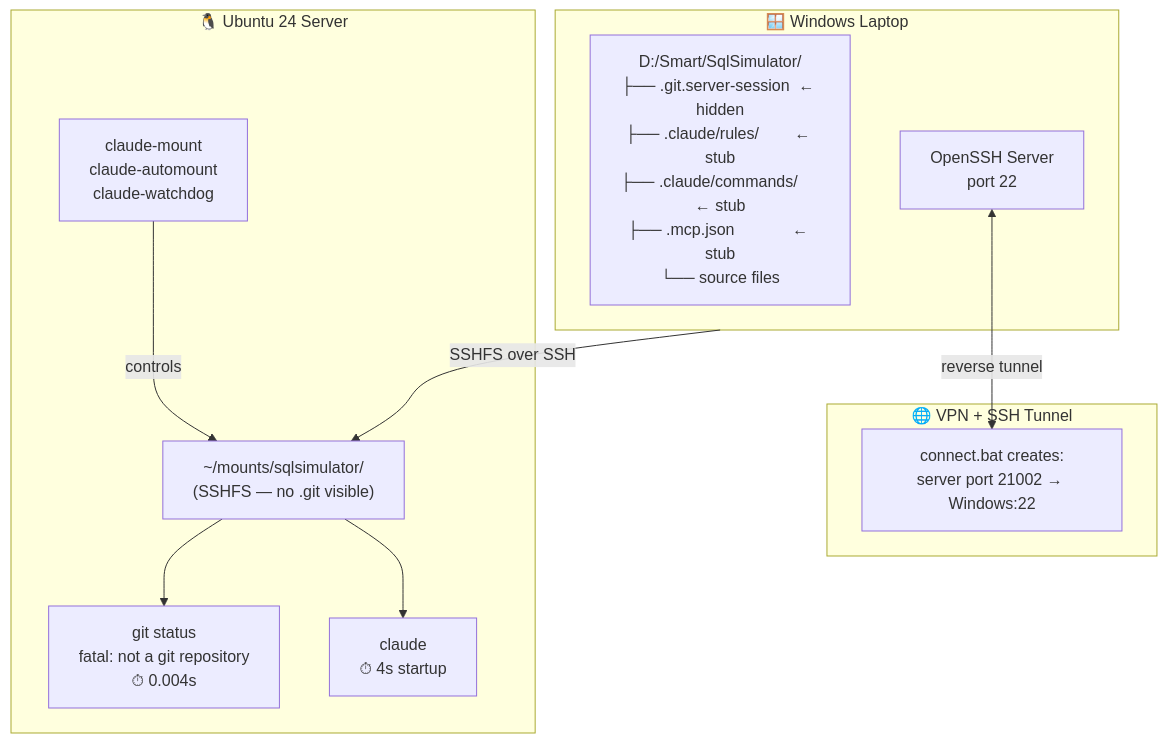
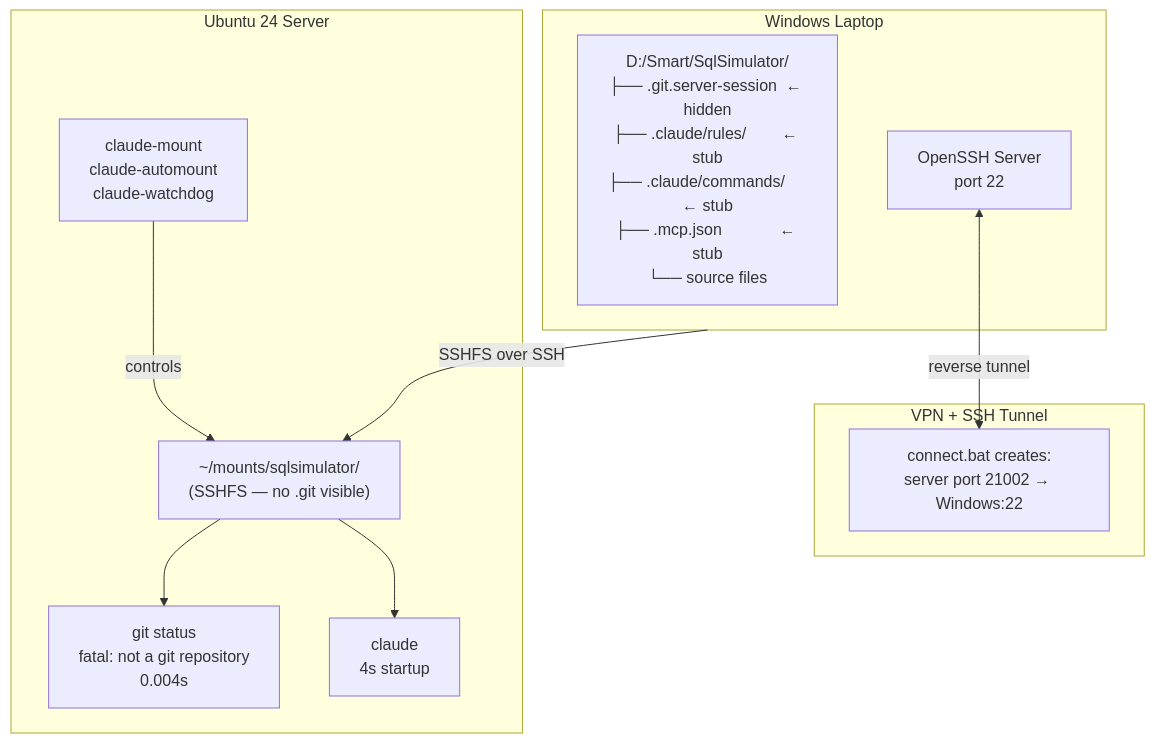
The first of 5 diagrams in docs/sshfs-performance.md (MmdNzhd/Claude-Server), drawn with Mermaid before and after one commit. The commit also changed other lines of this file and 74 other files, not shown here.

````diff
--- a/docs/sshfs-performance.md
+++ b/docs/sshfs-performance.md
@@ -20,24 +20,24 @@
 ```mermaid
 graph TD
-    subgraph WIN["🪟 Windows Laptop"]
+    subgraph WIN["Windows Laptop"]
         FILES["D:/Smart/SqlSimulator/\n├── .git.server-session  ← hidden\n├── .claude/rules/        ← stub\n├── .claude/commands/     ← stub\n├── .mcp.json             ← stub\n└── source files"]
         SSHD["OpenSSH Server\nport 22"]
     end
 
-    subgraph NET["🌐 VPN + SSH Tunnel"]
+    subgraph NET["VPN + SSH Tunnel"]
         TUNNEL["connect.bat creates:\nserver port 21002 → Windows:22"]
     end
 
-    subgraph SRV["🐧 Ubuntu 24 Server"]
+    subgraph SRV["Ubuntu 24 Server"]
         MOUNT["~/mounts/sqlsimulator/\n(SSHFS — no .git visible)"]
-        GIT["git status\nfatal: not a git repository\n⏱ 0.004s"]
-        CLAUDE["claude\n⏱ 4s startup"]
+        GIT["git status\nfatal: not a git repository\n0.004s"]
+        CLAUDE["claude\n4s startup"]
         SCRIPTS["claude-mount\nclaude-automount\nclaude-watchdog"]
     end
 
     WIN -->|SSHFS over SSH| MOUNT
     SSHD <-->|reverse tunnel| TUNNEL
     MOUNT --> GIT
     MOUNT --> CLAUDE
     SCRIPTS -->|controls| MOUNT
 ```
````
